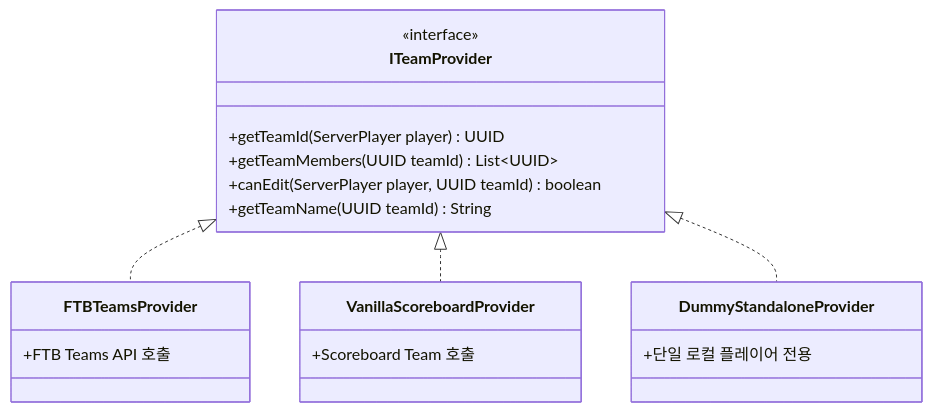
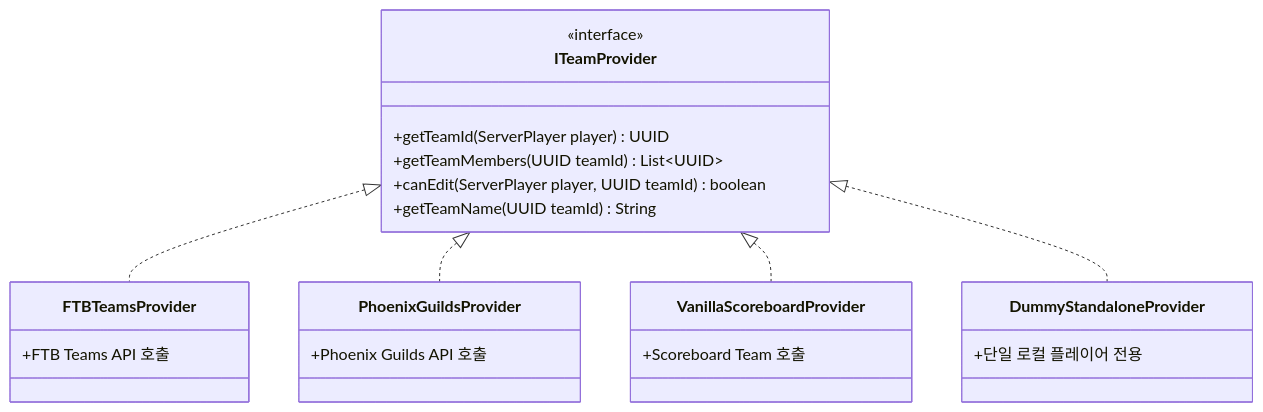
One commit to Amvermain/GregTechCalculatorBoard changed the third of 3 diagrams in docs/DEVELOPMENT_PLAN_V2.md. Above: the diagram before and after it, drawn with Mermaid. The commit also changed 53 other files, not shown here.

````diff
--- a/docs/DEVELOPMENT_PLAN_V2.md
+++ b/docs/DEVELOPMENT_PLAN_V2.md
@@ -124,23 +124,27 @@
 ```mermaid
 classDiagram
     class ITeamProvider {
         <<interface>>
         +getTeamId(ServerPlayer player) UUID
         +getTeamMembers(UUID teamId) List~UUID~
         +canEdit(ServerPlayer player, UUID teamId) boolean
         +getTeamName(UUID teamId) String
     }
     class FTBTeamsProvider {
         +FTB Teams API 호출
     }
+    class PhoenixGuildsProvider {
+        +Phoenix Guilds API 호출
+    }
     class VanillaScoreboardProvider {
         +Scoreboard Team 호출
     }
     class DummyStandaloneProvider {
         +단일 로컬 플레이어 전용
     }
 
     ITeamProvider <|.. FTBTeamsProvider
+    ITeamProvider <|.. PhoenixGuildsProvider
     ITeamProvider <|.. VanillaScoreboardProvider
     ITeamProvider <|.. DummyStandaloneProvider
 ```
````
